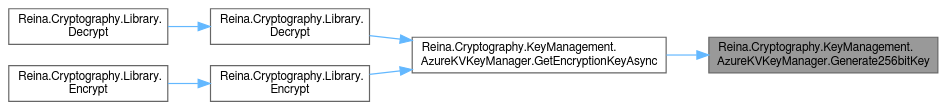
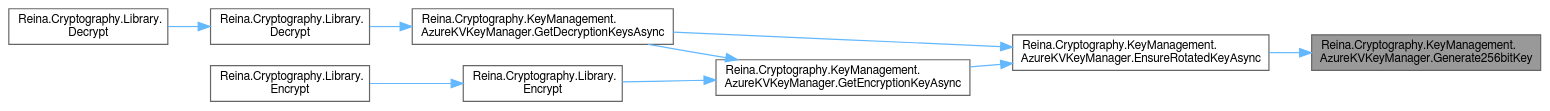
The diagram in class_reina_1_1_cryptography_1_1_key_management_1_1_azure_k_v_key_manager_aa6d24f34039e3f3a396f2d00c5beeaaa_icgraph.dot (fkitsantas/Reina.Cryptography), drawn with Graphviz before and after one commit. The commit also changed 76 other files, not shown here.

```diff
--- a/class_reina_1_1_cryptography_1_1_key_management_1_1_azure_k_v_key_manager_aa6d24f34039e3f3a396f2d00c5beeaaa_icgraph.dot
+++ b/class_reina_1_1_cryptography_1_1_key_management_1_1_azure_k_v_key_manager_aa6d24f34039e3f3a396f2d00c5beeaaa_icgraph.dot
@@ -1,19 +1,24 @@
 digraph "Reina.Cryptography.KeyManagement.AzureKVKeyManager.Generate256bitKey"
 {
  // LATEX_PDF_SIZE
   bgcolor="transparent";
   edge [fontname=FreeSans,fontsize=10,labelfontname=FreeSans,labelfontsize=10];
   node [fontname=FreeSans,fontsize=10,shape=box,height=0.2,width=0.4];
   rankdir="RL";
   Node1 [id="Node000001",label="Reina.Cryptography.KeyManagement.\lAzureKVKeyManager.Generate256bitKey",height=0.2,width=0.4,color="gray40", fillcolor="grey60", style="filled", fontcolor="black",tooltip="Generates a new 256-bit cryptographic key."];
   Node1 -> Node2 [id="edge1_Node000001_Node000002",dir="back",color="steelblue1",style="solid",tooltip=" "];
-  Node2 [id="Node000002",label="Reina.Cryptography.KeyManagement.\lAzureKVKeyManager.GetEncryptionKeyAsync",height=0.2,width=0.4,color="grey40", fillcolor="white", style="filled",URL="$class_reina_1_1_cryptography_1_1_key_management_1_1_azure_k_v_key_manager.html#a48457dd60e2243549a799ebaa8008ed5",tooltip="Asynchronously retrieves an encryption key from Azure Key Vault or the local cache."];
+  Node2 [id="Node000002",label="Reina.Cryptography.KeyManagement.\lAzureKVKeyManager.EnsureRotatedKeyAsync",height=0.2,width=0.4,color="grey40", fillcolor="white", style="filled",URL="$class_reina_1_1_cryptography_1_1_key_management_1_1_azure_k_v_key_manager.html#abca540502dc71b012ede463584bf63f2",tooltip="Ensures that a cryptographic key is present and rotated if necessary based on the configured threshol..."];
   Node2 -> Node3 [id="edge2_Node000002_Node000003",dir="back",color="steelblue1",style="solid",tooltip=" "];
-  Node3 [id="Node000003",label="Reina.Cryptography.Library.\lDecrypt",height=0.2,width=0.4,color="grey40", fillcolor="white", style="filled",URL="$class_reina_1_1_cryptography_1_1_library.html#a98ecb713792622e2faac792d3f31015c",tooltip="Decrypts a Base64-encoded string using three distinct keys for Twofish, Serpent, and AES encryption a..."];
+  Node3 [id="Node000003",label="Reina.Cryptography.KeyManagement.\lAzureKVKeyManager.GetDecryptionKeysAsync",height=0.2,width=0.4,color="grey40", fillcolor="white", style="filled",URL="$class_reina_1_1_cryptography_1_1_key_management_1_1_azure_k_v_key_manager.html#a75fbfb0eb22d28ccb97d25dda48a9abf",tooltip="Asynchronously retrieves an encryption key from Azure Key Vault or the local cache."];
   Node3 -> Node4 [id="edge3_Node000003_Node000004",dir="back",color="steelblue1",style="solid",tooltip=" "];
-  Node4 [id="Node000004",label="Reina.Cryptography.Library.\lDecrypt",height=0.2,width=0.4,color="grey40", fillcolor="white", style="filled",URL="$class_reina_1_1_cryptography_1_1_library.html#a08e8d9a9e8589565087dac21f0a0fbb8",tooltip="Decrypts a Base64-encoded string synchronously using a specified key retrieved asynchronously from Az..."];
-  Node2 -> Node5 [id="edge4_Node000002_Node000005",dir="back",color="steelblue1",style="solid",tooltip=" "];
-  Node5 [id="Node000005",label="Reina.Cryptography.Library.\lEncrypt",height=0.2,width=0.4,color="grey40", fillcolor="white", style="filled",URL="$class_reina_1_1_cryptography_1_1_library.html#ab51581b077aa84ccfcfd9b753dd897e6",tooltip="Encrypts a plaintext string using three distinct keys for Twofish, Serpent, and AES encryption algori..."];
-  Node5 -> Node6 [id="edge5_Node000005_Node000006",dir="back",color="steelblue1",style="solid",tooltip=" "];
-  Node6 [id="Node000006",label="Reina.Cryptography.Library.\lEncrypt",height=0.2,width=0.4,color="grey40", fillcolor="white", style="filled",URL="$class_reina_1_1_cryptography_1_1_library.html#a2dadbd8156744b46de813015772c5b8b",tooltip="Encrypts a plaintext string synchronously using a specified key retrieved asynchronously from Azure K..."];
+  Node4 [id="Node000004",label="Reina.Cryptography.Library.\lDecrypt",height=0.2,width=0.4,color="grey40", fillcolor="white", style="filled",URL="$class_reina_1_1_cryptography_1_1_library.html#a98ecb713792622e2faac792d3f31015c",tooltip="Decrypts a Base64-encoded string using three distinct keys for Twofish, Serpent, and AES encryption a..."];
+  Node4 -> Node5 [id="edge4_Node000004_Node000005",dir="back",color="steelblue1",style="solid",tooltip=" "];
+  Node5 [id="Node000005",label="Reina.Cryptography.Library.\lDecrypt",height=0.2,width=0.4,color="grey40", fillcolor="white", style="filled",URL="$class_reina_1_1_cryptography_1_1_library.html#a08e8d9a9e8589565087dac21f0a0fbb8",tooltip="Decrypts a Base64-encoded string synchronously using a specified key retrieved asynchronously from Az..."];
+  Node2 -> Node6 [id="edge5_Node000002_Node000006",dir="back",color="steelblue1",style="solid",tooltip=" "];
+  Node6 [id="Node000006",label="Reina.Cryptography.KeyManagement.\lAzureKVKeyManager.GetEncryptionKeyAsync",height=0.2,width=0.4,color="grey40", fillcolor="white", style="filled",URL="$class_reina_1_1_cryptography_1_1_key_management_1_1_azure_k_v_key_manager.html#a8cc7bef1fdb0aba8eb4bab50d5cbb023",tooltip="Asynchronously retrieves an encryption key from Azure Key Vault or the local cache."];
+  Node6 -> Node7 [id="edge6_Node000006_Node000007",dir="back",color="steelblue1",style="solid",tooltip=" "];
+  Node7 [id="Node000007",label="Reina.Cryptography.Library.\lEncrypt",height=0.2,width=0.4,color="grey40", fillcolor="white", style="filled",URL="$class_reina_1_1_cryptography_1_1_library.html#ab51581b077aa84ccfcfd9b753dd897e6",tooltip="Encrypts a plaintext string using three distinct keys for Twofish, Serpent, and AES encryption algori..."];
+  Node7 -> Node8 [id="edge7_Node000007_Node000008",dir="back",color="steelblue1",style="solid",tooltip=" "];
+  Node8 [id="Node000008",label="Reina.Cryptography.Library.\lEncrypt",height=0.2,width=0.4,color="grey40", fillcolor="white", style="filled",URL="$class_reina_1_1_cryptography_1_1_library.html#a2dadbd8156744b46de813015772c5b8b",tooltip="Encrypts a plaintext string synchronously using a specified key retrieved asynchronously from Azure K..."];
+  Node6 -> Node3 [id="edge8_Node000006_Node000003",dir="back",color="steelblue1",style="solid",tooltip=" "];
 }
```
